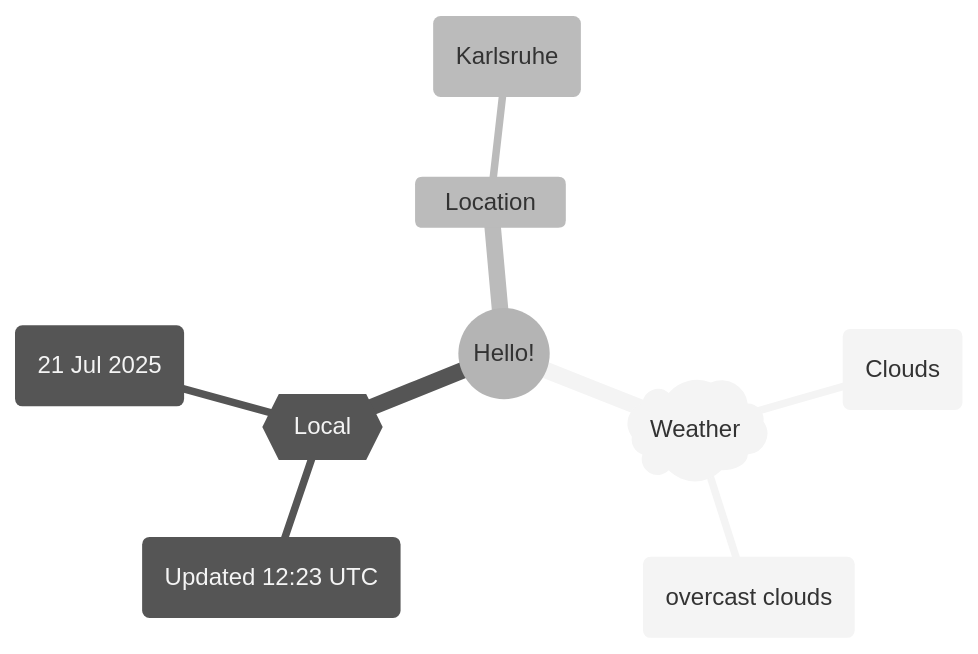
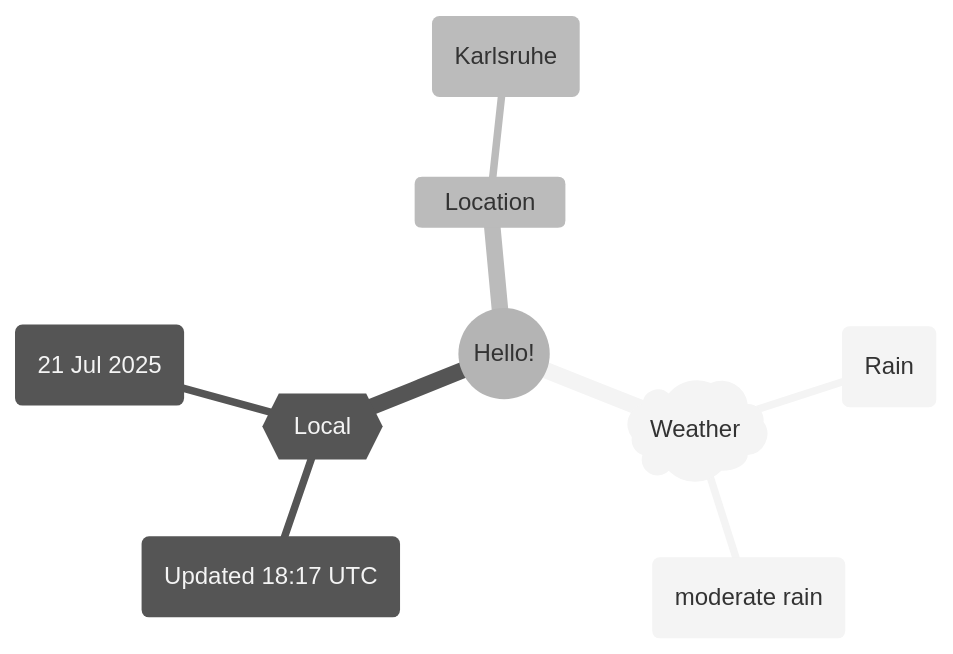
The first of 2 diagrams in README.md (Xosrov/Xosrov), drawn with Mermaid (neutral theme) before and after one commit.

Commit message:
[bot] updated images

````diff
--- a/README.md
+++ b/README.md
@@ -3,12 +3,12 @@
 ```mermaid
 mindmap
   root((Hello!))
     )Weather(
-        (Clouds)
-        (overcast clouds)
+        (Rain)
+        (moderate rain)
     {{Local}}
-        (Updated 12:23 UTC)
+        (Updated 18:17 UTC)
         (21 Jul 2025)
     Location
         (Karlsruhe)
 ```
````
